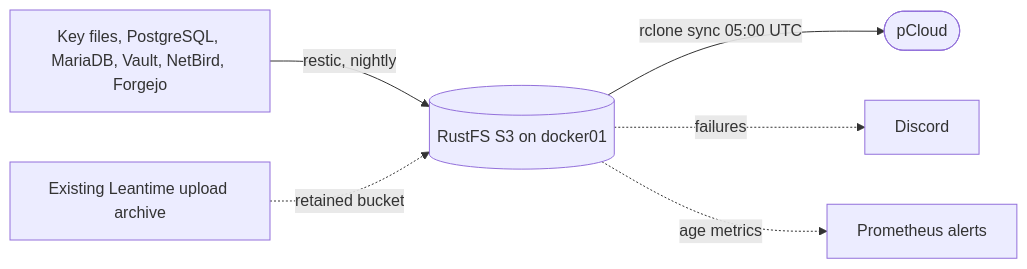
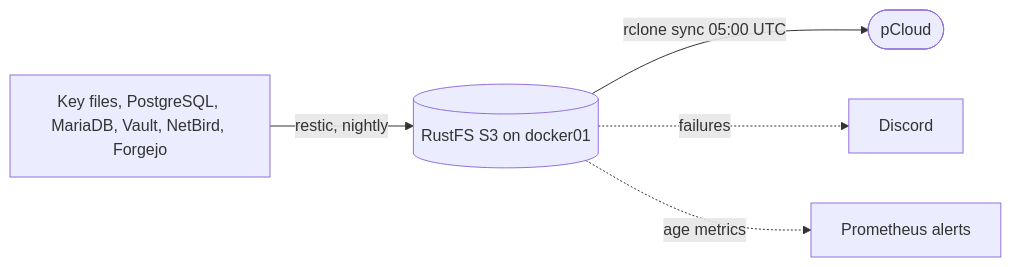
The fourth of 4 diagrams in README.md (ToXiCCuss/gitops), drawn with Mermaid before and after one commit. The commit also changed 16 other files, not shown here.

First line of the commit message:
chore: remove the retained Leantime archive

````diff
--- a/README.md
+++ b/README.md
@@ -107,8 +107,7 @@
 ```mermaid
 flowchart LR
   src["Key files, PostgreSQL, MariaDB, Vault, NetBird, Forgejo"] -->|"restic, nightly"| s3[("RustFS S3 on docker01")]
-  leantime["Existing Leantime upload archive"] -.->|"retained bucket"| s3
   s3 -->|"rclone sync 05:00 UTC"| pcloud(["pCloud"])
   s3 -.->|"failures"| discord["Discord"]
   s3 -.->|"age metrics"| prom["Prometheus alerts"]
 ```
````
